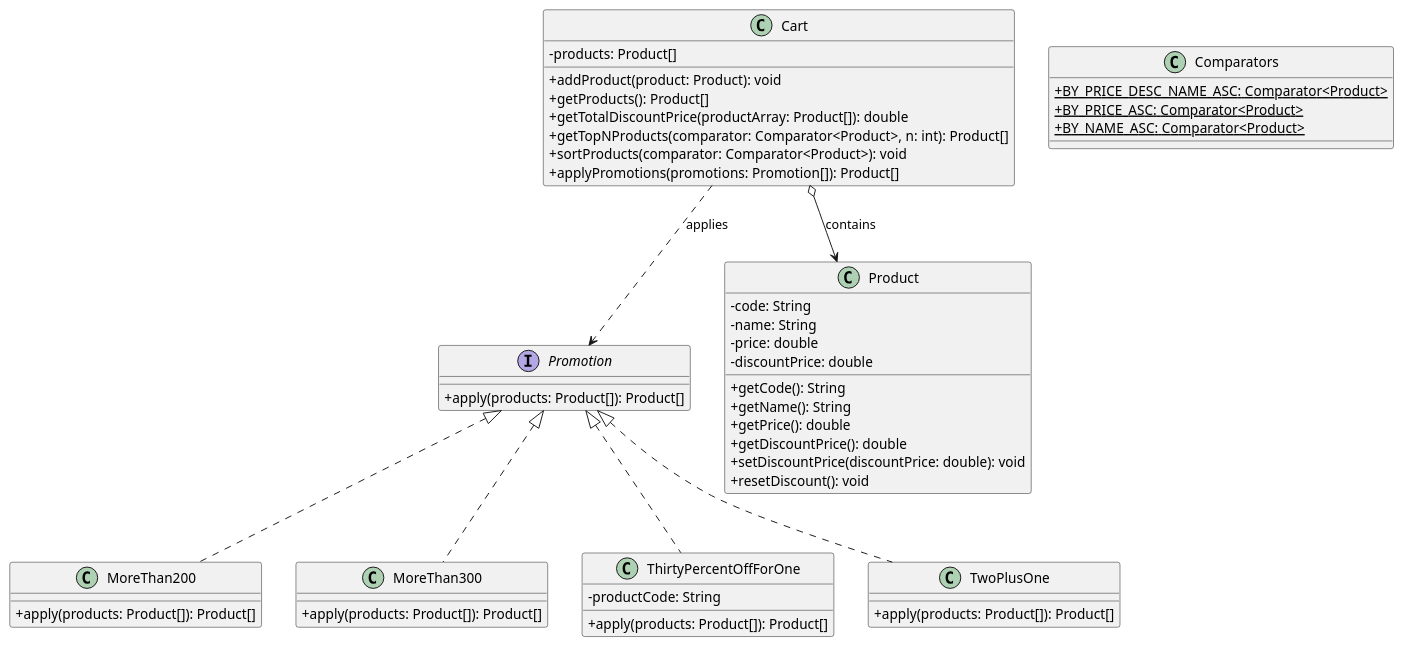
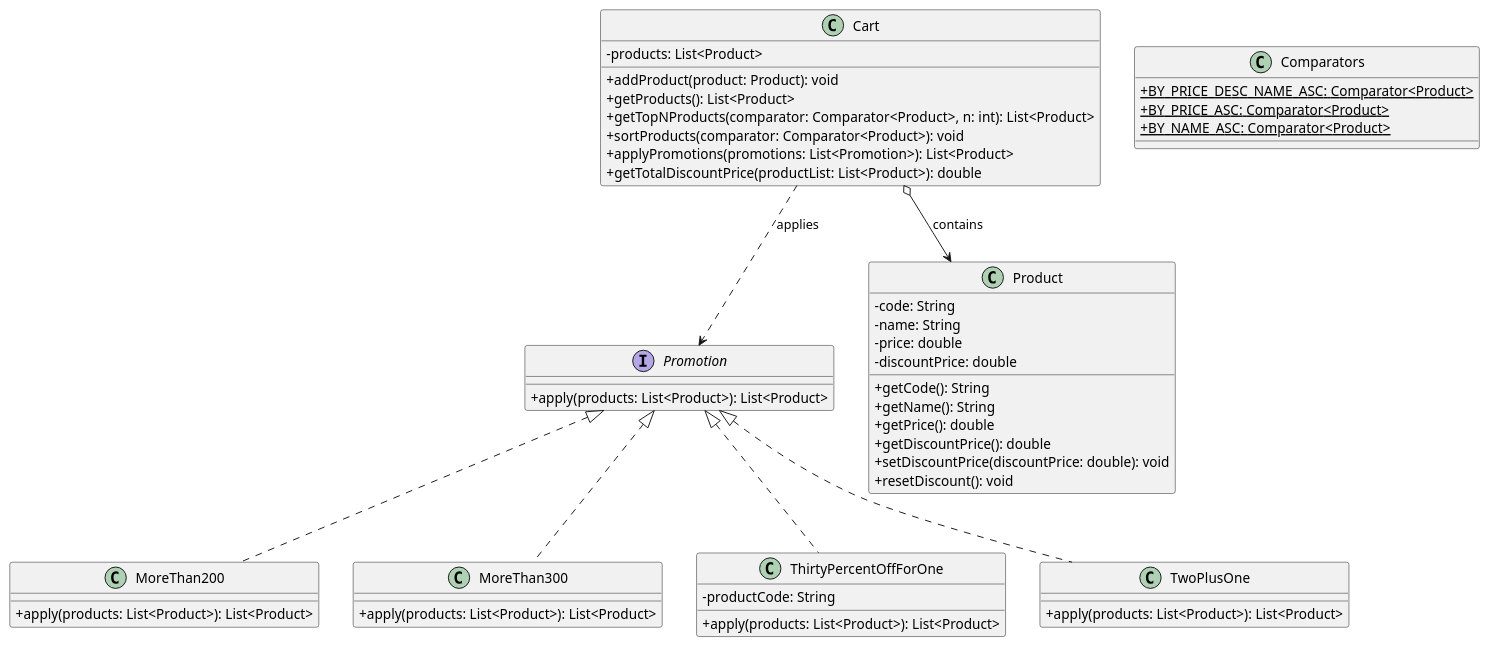
One commit to Uniwersytet-Gdanski-Dydaktyka/zadanie-03-koszyk-gr-2-Mikolaj-Modzelewski changed the diagram in graph.puml. Above: the diagram before and after it, drawn with PlantUML. The commit also changed 10 other files, not shown here.

```diff
--- a/graph.puml
+++ b/graph.puml
@@ -1,53 +1,53 @@
 @startuml
 skinparam classAttributeIconSize 0
 
 interface Promotion {
-    + apply(products: Product[]): Product[]
+    + apply(products: List<Product>): List<Product>
 }
 
 class MoreThan200 implements Promotion {
-    + apply(products: Product[]): Product[]
+    + apply(products: List<Product>): List<Product>
 }
 class MoreThan300 implements Promotion {
-    + apply(products: Product[]): Product[]
+    + apply(products: List<Product>): List<Product>
 }
 class ThirtyPercentOffForOne implements Promotion {
     - productCode: String
-    + apply(products: Product[]): Product[]
+    + apply(products: List<Product>): List<Product>
 }
 class TwoPlusOne implements Promotion {
-    + apply(products: Product[]): Product[]
+    + apply(products: List<Product>): List<Product>
 }
 
 class Product {
     - code: String
     - name: String
     - price: double
     - discountPrice: double
     + getCode(): String
     + getName(): String
     + getPrice(): double
     + getDiscountPrice(): double
     + setDiscountPrice(discountPrice: double): void
     + resetDiscount(): void
 }
 
 class Cart {
-    - products: Product[]
+    - products: List<Product>
     + addProduct(product: Product): void
-    + getProducts(): Product[]
-    + getTotalDiscountPrice(productArray: Product[]): double
-    + getTopNProducts(comparator: Comparator<Product>, n: int): Product[]
+    + getProducts(): List<Product>
+    + getTopNProducts(comparator: Comparator<Product>, n: int): List<Product>
     + sortProducts(comparator: Comparator<Product>): void
-    + applyPromotions(promotions: Promotion[]): Product[]
+    + applyPromotions(promotions: List<Promotion>): List<Product>
+    + getTotalDiscountPrice(productList: List<Product>): double
 }
 
 class Comparators {
     + {static} BY_PRICE_DESC_NAME_ASC: Comparator<Product>
     + {static} BY_PRICE_ASC: Comparator<Product>
     + {static} BY_NAME_ASC: Comparator<Product>
 }
 
 Cart o--> Product : contains
 Cart ..> Promotion : applies
 @enduml
```
